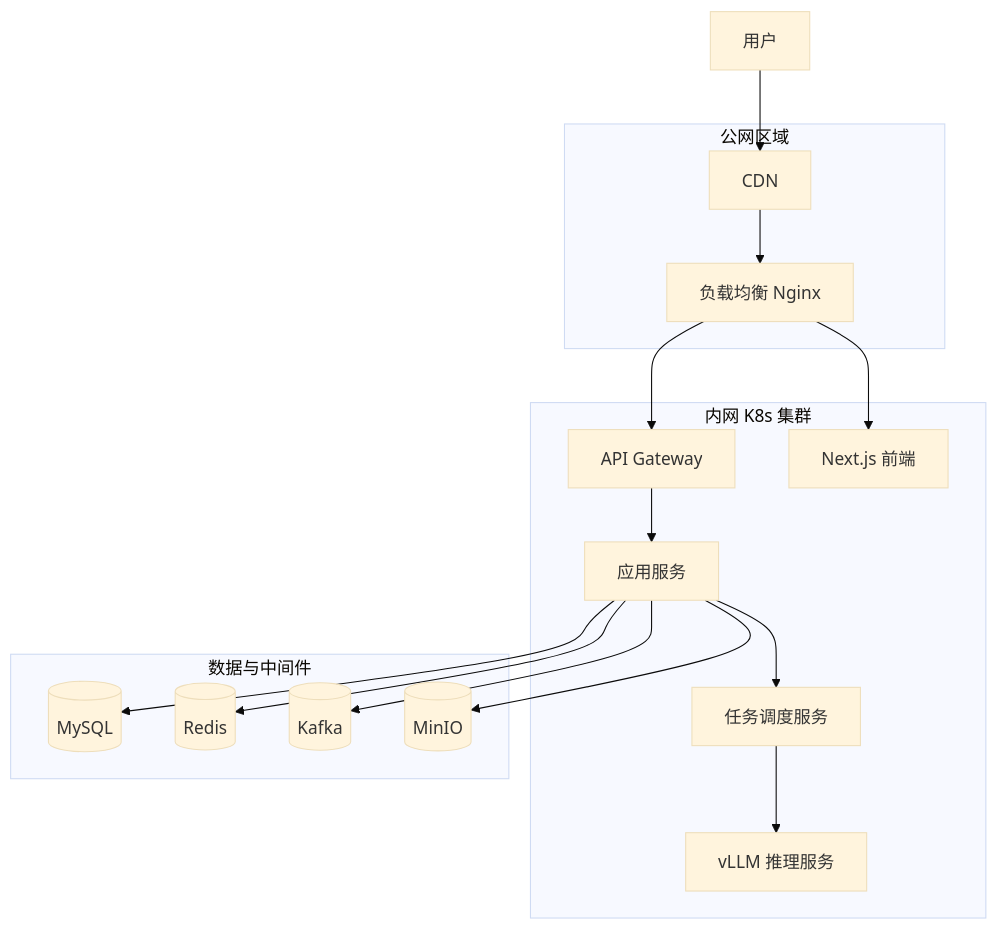
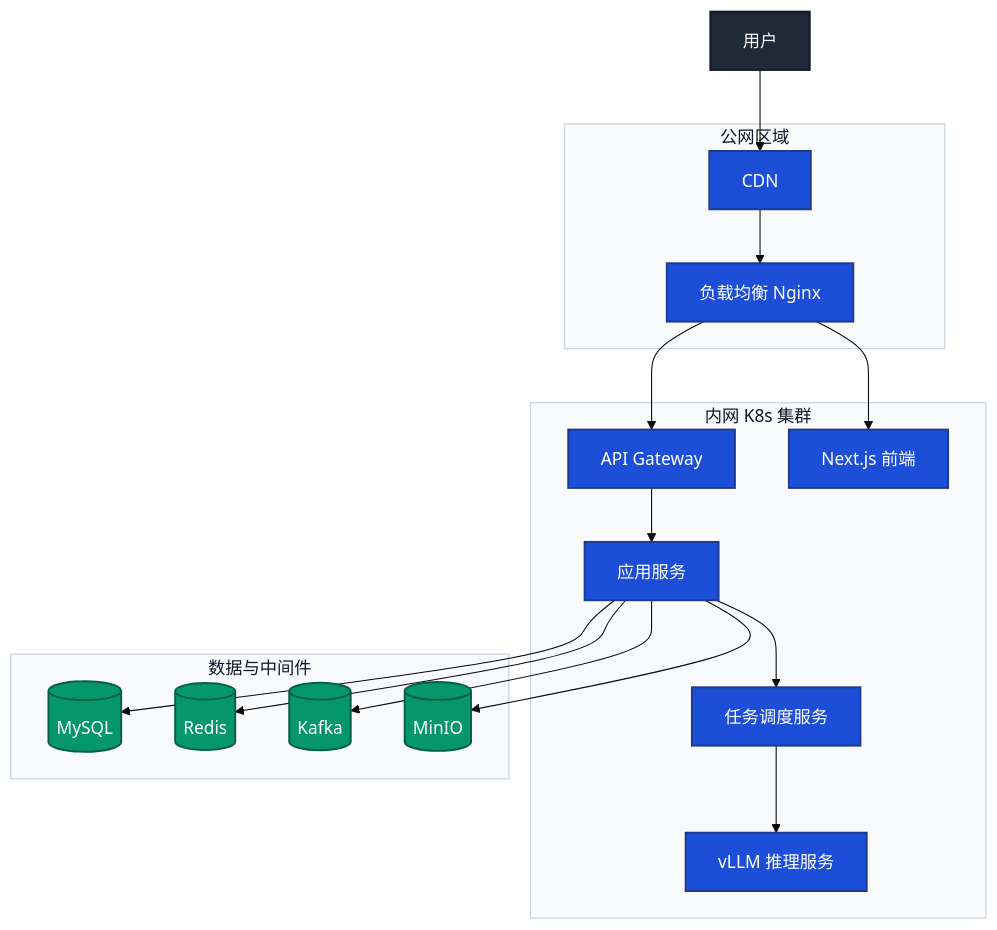
The diagram in 7.提示词与AI协作/分析维度与标准出图/部署图.md (amuqiao/FastAPI-MVC), drawn with Mermaid (base theme) before and after one commit. The commit also changed other lines of this file and 23 other files, not shown here.

````diff
--- a/7.提示词与AI协作/分析维度与标准出图/部署图.md
+++ b/7.提示词与AI协作/分析维度与标准出图/部署图.md
@@ -35,34 +40,44 @@
 ```mermaid
 flowchart TB
     User["用户"]
 
     subgraph Public["公网区域"]
         CDN["CDN"]
         LB["负载均衡 Nginx"]
     end
 
     subgraph Cluster["内网 K8s 集群"]
         Gateway["API Gateway"]
         Frontend["Next.js 前端"]
         Backend["应用服务"]
         Agent["任务调度服务"]
         Model["vLLM 推理服务"]
     end
 
     subgraph Data["数据与中间件"]
         DB[("MySQL")]
         Cache[("Redis")]
         MQ[("Kafka")]
         OSS[("MinIO")]
     end
 
     User --> CDN --> LB --> Frontend
     LB --> Gateway
     Gateway --> Backend
     Backend --> Agent
     Agent --> Model
     Backend --> DB
     Backend --> Cache
     Backend --> MQ
     Backend --> OSS
+
+    classDef entryStyle fill:#1f2937,stroke:#111827,stroke-width:1.8px,color:#f9fafb
+    classDef computeStyle fill:#1d4ed8,stroke:#1e3a8a,stroke-width:1.8px,color:#ffffff
+    classDef dataStyle fill:#059669,stroke:#065f46,stroke-width:1.8px,color:#ffffff
+    classDef layerStyle fill:#f8fafc,stroke:#cbd5e1,stroke-width:1.2px,color:#0f172a
+
+    class User entryStyle
+    class CDN,LB,Gateway,Frontend,Backend,Agent,Model computeStyle
+    class DB,Cache,MQ,OSS dataStyle
+    class Public,Cluster,Data layerStyle
 ```
````
